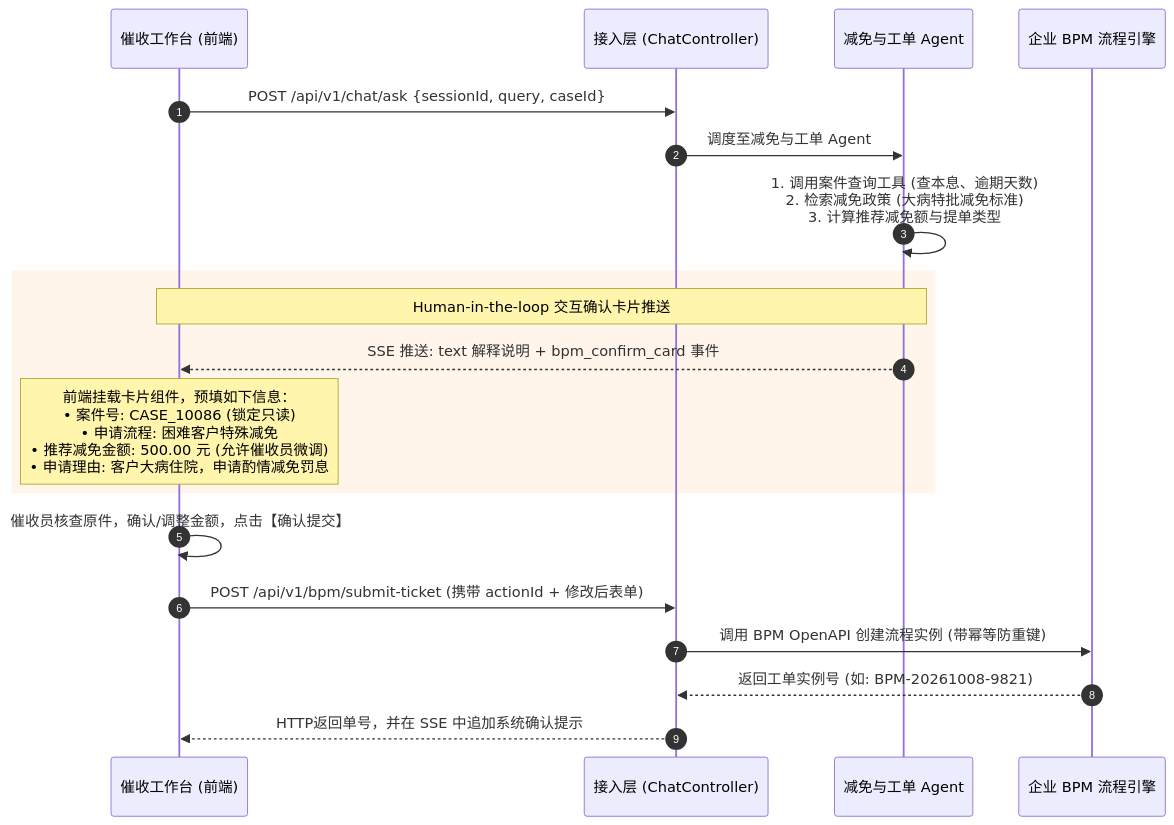
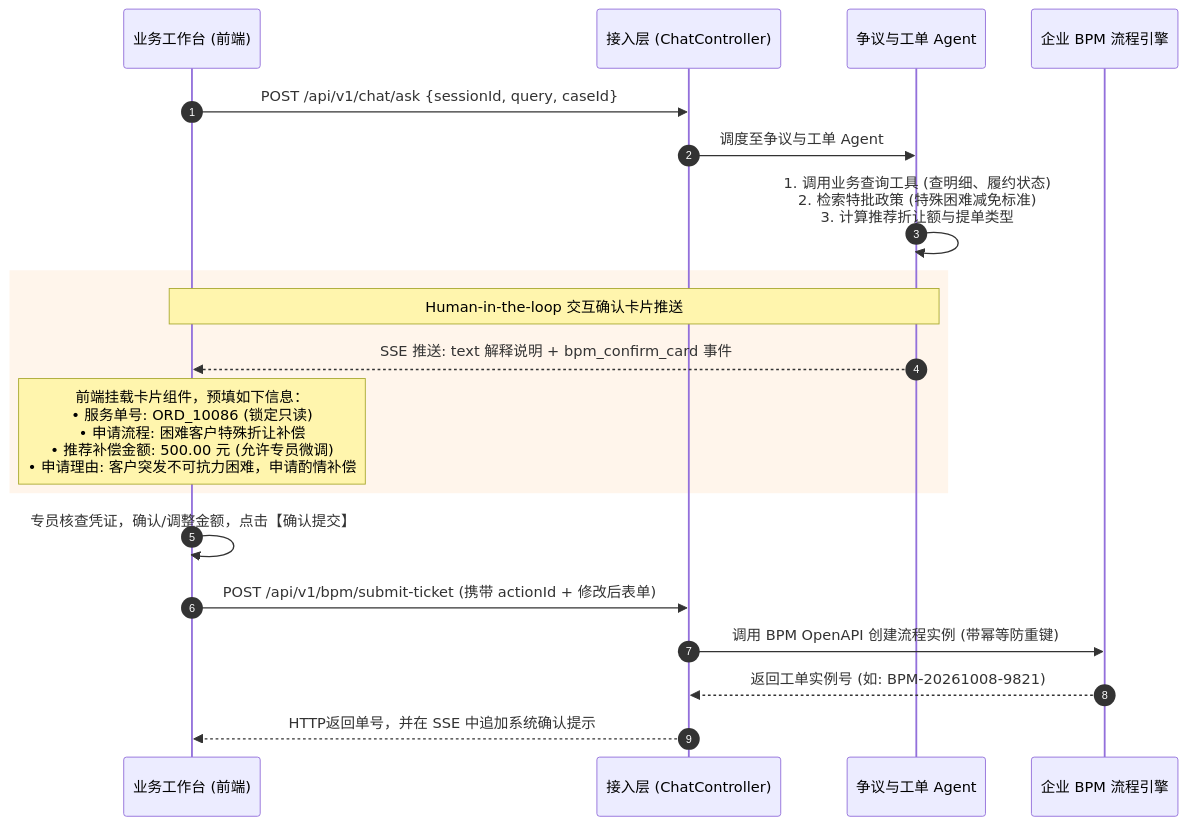
The third of 5 diagrams in docs/01-系统架构全景与实施规划.md (1264585648/spring-ai-agentflow), drawn with Mermaid before and after one commit. The commit also changed other lines of this file and 31 other files, not shown here.

````diff
--- a/docs/01-系统架构全景与实施规划.md
+++ b/docs/01-系统架构全景与实施规划.md
@@ -197,24 +197,24 @@
 ```mermaid
 sequenceDiagram
     autonumber
-    participant Front as 催收工作台 (前端)
+    participant Front as 业务工作台 (前端)
     participant ChatService as 接入层 (ChatController)
-    participant SubAgent as 减免与工单 Agent
+    participant SubAgent as 争议与工单 Agent
     participant BPM as 企业 BPM 流程引擎
 
     Front->>ChatService: POST /api/v1/chat/ask {sessionId, query, caseId}
-    ChatService->>SubAgent: 调度至减免与工单 Agent
-    SubAgent->>SubAgent: 1. 调用案件查询工具 (查本息、逾期天数)<br/>2. 检索减免政策 (大病特批减免标准)<br/>3. 计算推荐减免额与提单类型
+    ChatService->>SubAgent: 调度至争议与工单 Agent
+    SubAgent->>SubAgent: 1. 调用业务查询工具 (查明细、履约状态)<br/>2. 检索特批政策 (特殊困难减免标准)<br/>3. 计算推荐折让额与提单类型
     
     rect rgb(255, 245, 235)
     Note over SubAgent, Front: Human-in-the-loop 交互确认卡片推送
     SubAgent-->>Front: SSE 推送: text 解释说明 + bpm_confirm_card 事件
-    Note over Front: 前端挂载卡片组件，预填如下信息：<br/>• 案件号: CASE_10086 (锁定只读)<br/>• 申请流程: 困难客户特殊减免<br/>• 推荐减免金额: 500.00 元 (允许催收员微调)<br/>• 申请理由: 客户大病住院，申请酌情减免罚息
+    Note over Front: 前端挂载卡片组件，预填如下信息：<br/>• 服务单号: ORD_10086 (锁定只读)<br/>• 申请流程: 困难客户特殊折让补偿<br/>• 推荐补偿金额: 500.00 元 (允许专员微调)<br/>• 申请理由: 客户突发不可抗力困难，申请酌情补偿
     end
 
-    Front->>Front: 催收员核查原件，确认/调整金额，点击【确认提交】
+    Front->>Front: 专员核查凭证，确认/调整金额，点击【确认提交】
     Front->>ChatService: POST /api/v1/bpm/submit-ticket (携带 actionId + 修改后表单)
     ChatService->>BPM: 调用 BPM OpenAPI 创建流程实例 (带幂等防重键)
     BPM-->>ChatService: 返回工单实例号 (如: BPM-20261008-9821)
     ChatService-->>Front: HTTP返回单号，并在 SSE 中追加系统确认提示
 ```
````
